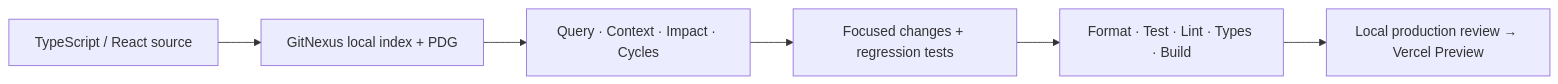
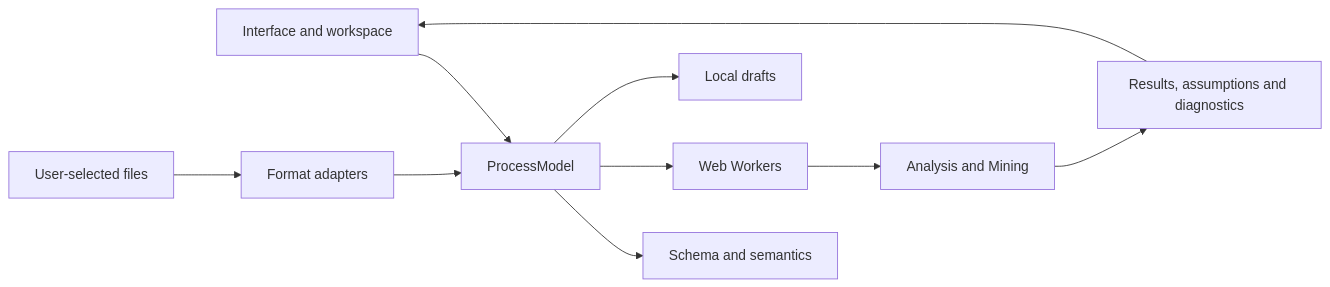
Before and after one commit to thang-uit/Flowculus: the second of 2 diagrams in README.md, drawn with Mermaid. The commit also changed other lines of this file and 170 other files, not shown here.

````diff
--- a/README.md
+++ b/README.md
@@ -472,8 +375,12 @@
 ```mermaid
 flowchart LR
-  Source["TypeScript / React source"] --> Index["GitNexus local index + PDG"]
-  Index --> Review["Query · Context · Impact · Cycles"]
-  Review --> Fix["Focused changes + regression tests"]
-  Fix --> Gates["Format · Test · Lint · Types · Build"]
-  Gates --> Preview["Local production review → Vercel Preview"]
+  UI["Interface and workspace"] --> MODEL["ProcessModel"]
+  MODEL --> VALIDATION["Schema and semantics"]
+  MODEL --> WORKERS["Web Workers"]
+  WORKERS --> ENGINE["Analysis and Mining"]
+  ENGINE --> RESULT["Results, assumptions and diagnostics"]
+  RESULT --> UI
+  FILES["User-selected files"] --> ADAPTERS["Format adapters"]
+  ADAPTERS --> MODEL
+  MODEL --> STORAGE["Local drafts"]
 ```
````
